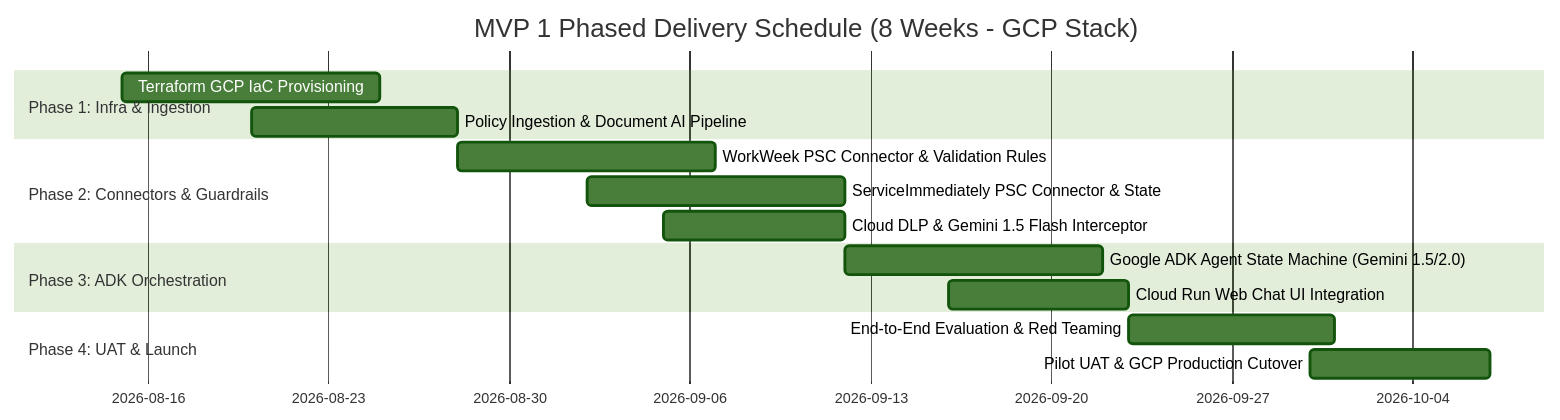
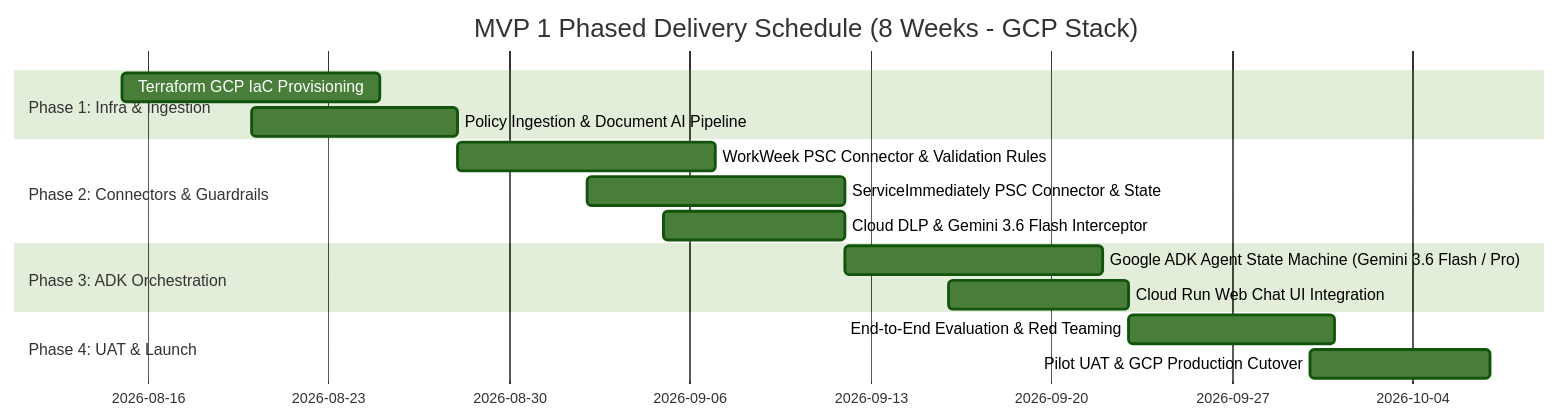
Before and after one commit to SushantJagdale/elevate-hr-agentic-solution: the ninth of 10 diagrams in Consolidated_SDD.md, drawn with Mermaid (forest theme). The commit also changed other lines of this file, not shown here.

````diff
--- a/Consolidated_SDD.md
+++ b/Consolidated_SDD.md
@@ -625,18 +625,18 @@
 ```mermaid
 gantt
     title MVP 1 Phased Delivery Schedule (8 Weeks - GCP Stack)
     dateFormat  YYYY-MM-DD
     section Phase 1: Infra & Ingestion
     Terraform GCP IaC Provisioning            :p1_1, 2026-08-15, 10d
     Policy Ingestion & Document AI Pipeline   :p1_2, 2026-08-20, 8d
     section Phase 2: Connectors & Guardrails
     WorkWeek PSC Connector & Validation Rules  :p2_1, 2026-08-28, 10d
     ServiceImmediately PSC Connector & State   :p2_2, 2026-09-02, 10d
-    Cloud DLP & Gemini 1.5 Flash Interceptor   :p2_3, 2026-09-05, 7d
+    Cloud DLP & Gemini 3.6 Flash Interceptor   :p2_3, 2026-09-05, 7d
     section Phase 3: ADK Orchestration
-    Google ADK Agent State Machine (Gemini 1.5/2.0):p3_1, 2026-09-12, 10d
+    Google ADK Agent State Machine (Gemini 3.6 Flash / Pro):p3_1, 2026-09-12, 10d
     Cloud Run Web Chat UI Integration          :p3_2, 2026-09-16, 7d
     section Phase 4: UAT & Launch
     End-to-End Evaluation & Red Teaming        :p4_1, 2026-09-23, 8d
     Pilot UAT & GCP Production Cutover         :p4_2, 2026-09-30, 7d
 ```
````
